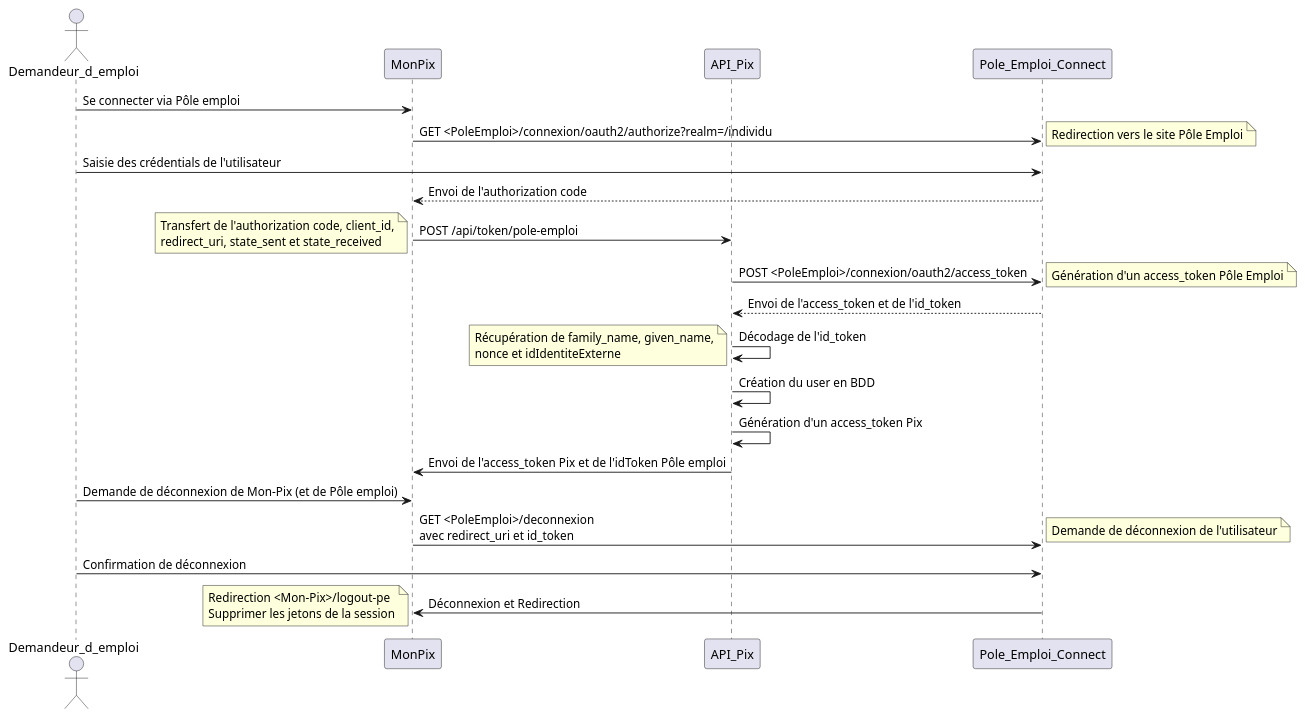
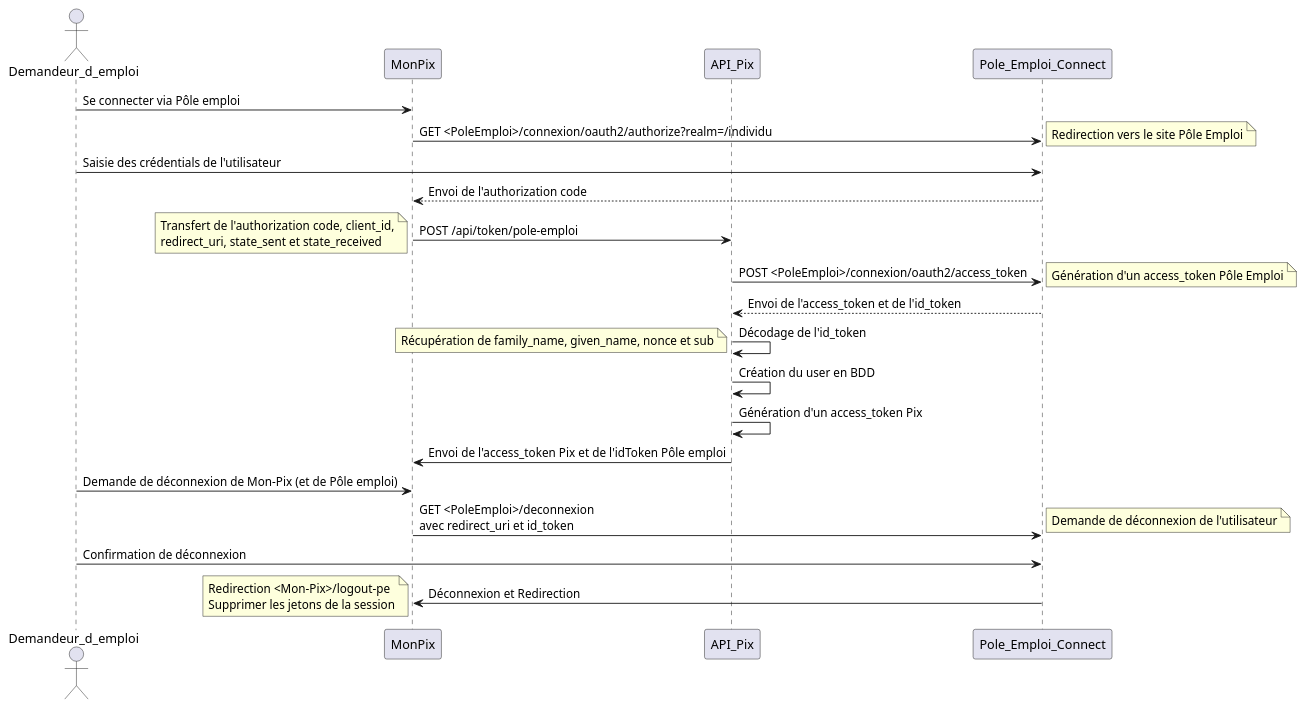
The diagram in docs/security/poleEmploi/authenticate_with_pole_emploi.puml (1024pix/pix), drawn with PlantUML before and after one commit. The commit also changed 5 other files, not shown here.

First line of the commit message:
api: replace idIdentiteExterne with sub

```diff
--- a/docs/security/poleEmploi/authenticate_with_pole_emploi.puml
+++ b/docs/security/poleEmploi/authenticate_with_pole_emploi.puml
@@ -1,38 +1,38 @@
 @startuml
 actor Demandeur_d_emploi
 participant MonPix
 participant API_Pix
 participant Pole_Emploi_Connect
 
 Demandeur_d_emploi -> MonPix: Se connecter via Pôle emploi
 MonPix -> Pole_Emploi_Connect: GET <PoleEmploi>/connexion/oauth2/authorize?realm=/individu
 note right: Redirection vers le site Pôle Emploi
 
 Demandeur_d_emploi -> Pole_Emploi_Connect: Saisie des crédentials de l'utilisateur
 Pole_Emploi_Connect --> MonPix: Envoi de l'authorization code
 
 MonPix -> API_Pix: POST /api/token/pole-emploi
 note left: Transfert de l'authorization code, client_id,\nredirect_uri, state_sent et state_received
 API_Pix -> Pole_Emploi_Connect: POST <PoleEmploi>/connexion/oauth2/access_token
 note right: Génération d'un access_token Pôle Emploi
 Pole_Emploi_Connect --> API_Pix: Envoi de l'access_token et de l'id_token
 
 API_Pix -> API_Pix: Décodage de l'id_token
-note left: Récupération de family_name, given_name,\nnonce et idIdentiteExterne
+note left: Récupération de family_name, given_name, nonce et sub
 
 API_Pix -> API_Pix: Création du user en BDD
 API_Pix -> API_Pix: Génération d'un access_token Pix
 
 API_Pix -> MonPix: Envoi de l'access_token Pix et de l'idToken Pôle emploi
 
 Demandeur_d_emploi -> MonPix: Demande de déconnexion de Mon-Pix (et de Pôle emploi)
 MonPix -> Pole_Emploi_Connect: GET <PoleEmploi>/deconnexion\navec redirect_uri et id_token
 note right: Demande de déconnexion de l'utilisateur
 
 Demandeur_d_emploi -> Pole_Emploi_Connect: Confirmation de déconnexion
 
 Pole_Emploi_Connect -> MonPix: Déconnexion et Redirection
 
 note left: Redirection <Mon-Pix>/logout-pe\nSupprimer les jetons de la session
 
 @enduml
```
